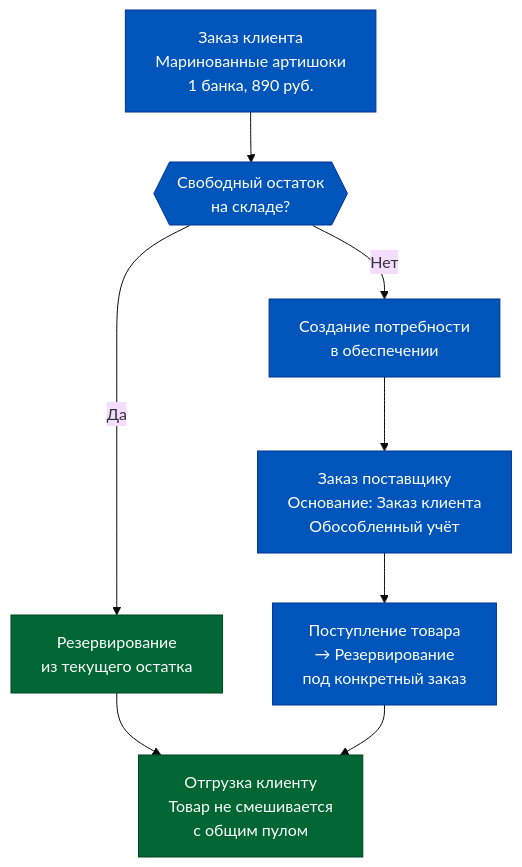
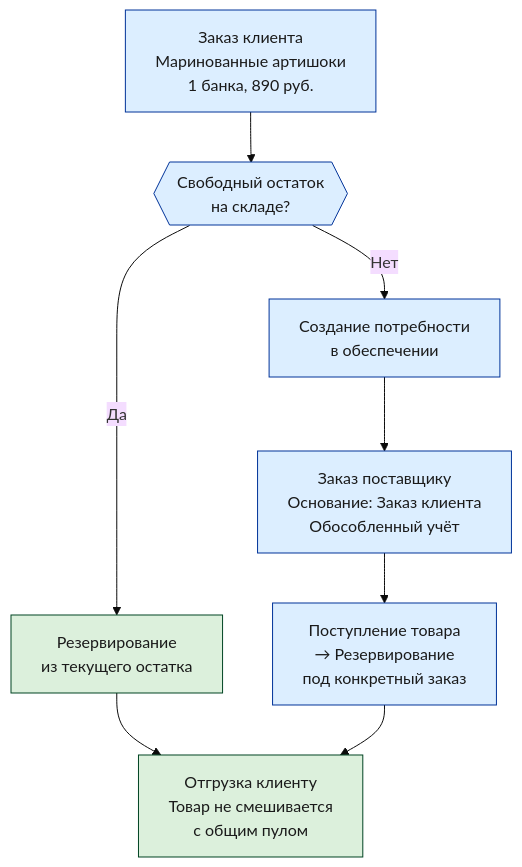
One commit to murad1986/1c-erp-quartz changed the second of 6 diagrams in content/1c-erp/week_3/Неделя 3 - День 3 - Логика обеспечения.md. Above: the diagram before and after it, drawn with Mermaid (base theme). The commit also changed other lines of this file and 57 other files, not shown here.

First line of the commit message:
fix: Mermaid — пастельные цвета в источниках диаграмм (56 файлов)

````diff
--- a/content/1c-erp/week_3/Неделя 3 - День 3 - Логика обеспечения.md
+++ b/content/1c-erp/week_3/Неделя 3 - День 3 - Логика обеспечения.md
@@ -89,17 +89,17 @@
 ```mermaid
 flowchart TD
     A["Заказ клиента<br/>Маринованные артишоки<br/>1 банка, 890 руб."]:::blue
     B{{"Свободный остаток<br/>на складе?"}}:::blue
     C["Резервирование<br/>из текущего остатка"]:::green
     D["Создание потребности<br/>в обеспечении"]:::blue
     E["Заказ поставщику<br/>Основание: Заказ клиента<br/>Обособленный учёт"]:::blue
     F["Поступление товара<br/>→ Резервирование<br/>под конкретный заказ"]:::blue
     G["Отгрузка клиенту<br/>Товар не смешивается<br/>с общим пулом"]:::green
 
     A --> B
     B -->|"Да"| C --> G
     B -->|"Нет"| D --> E --> F --> G
 
-    classDef blue fill:#0055BB,color:#fff,stroke:#003399
-    classDef green fill:#006633,color:#fff,stroke:#004422
+    classDef blue fill:#dceeff,color:#1a1a1a,stroke:#003399
+    classDef green fill:#dcf0dc,color:#1a1a1a,stroke:#004422
 ```
````
